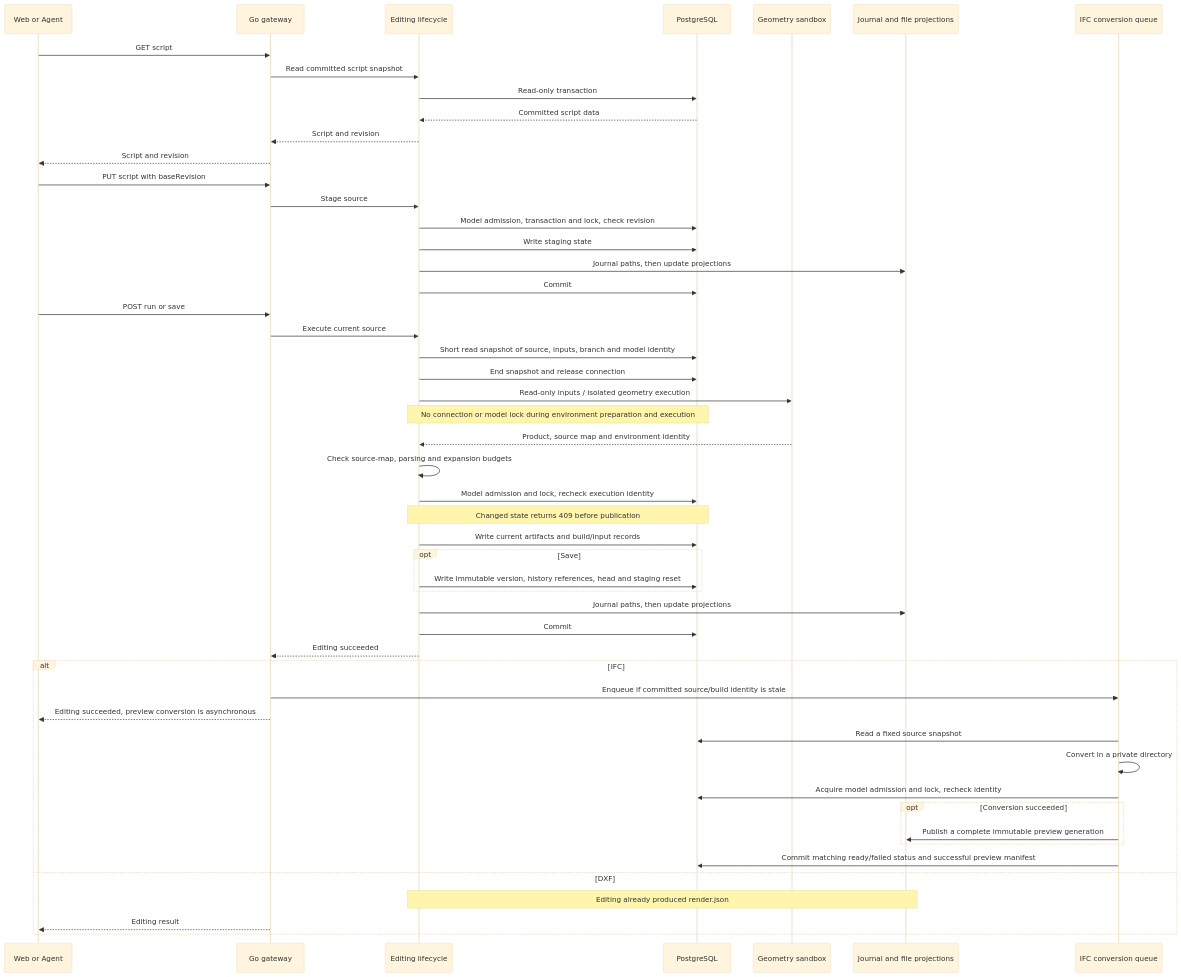
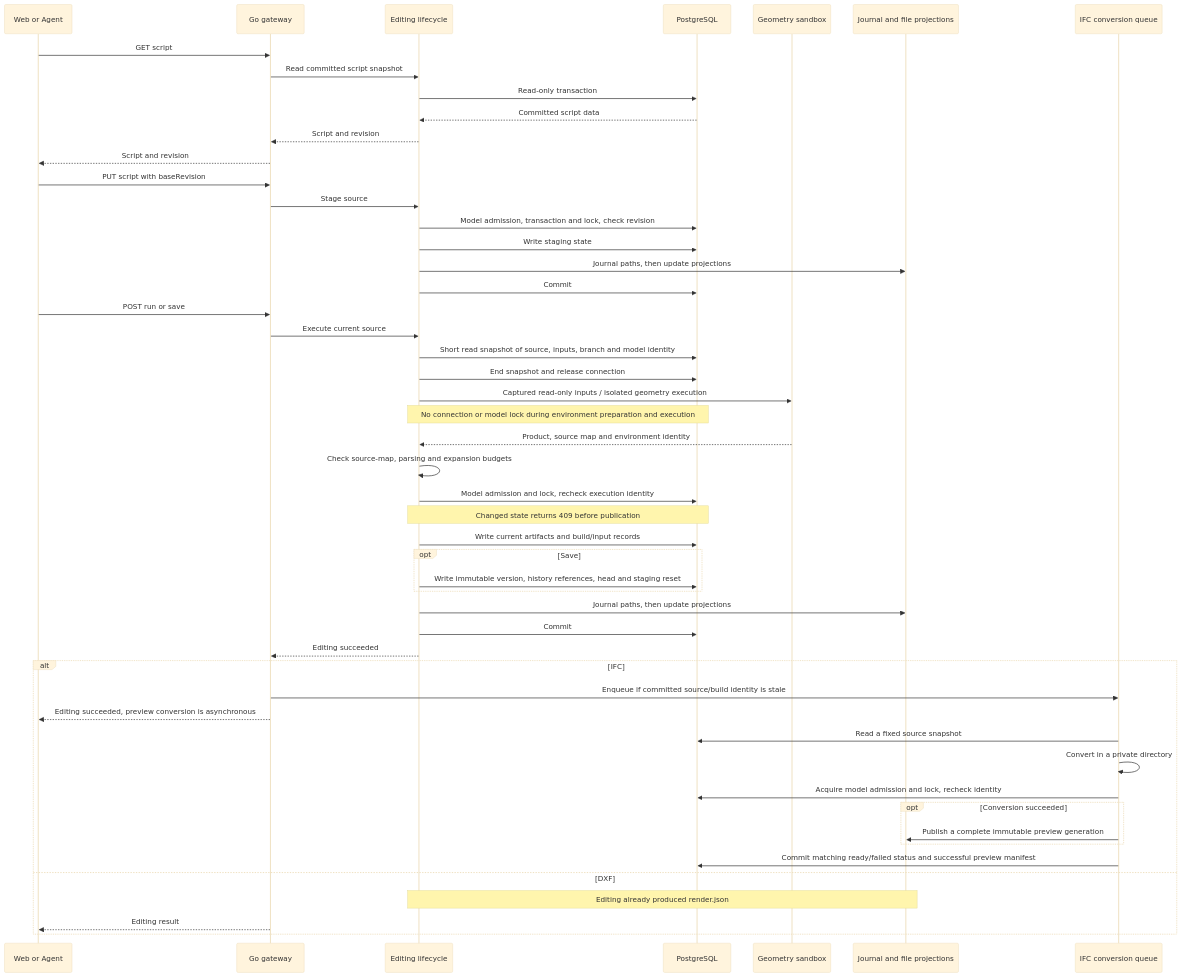
The second of 2 diagrams in README.md (0702hjj/SourceAEC), drawn with Mermaid (base theme) before and after one commit. The commit also changed other lines of this file and 7 other files, not shown here.

Commit message:
refactor(editing): separate captured execution build and publication

````diff
--- a/README.md
+++ b/README.md
@@ -85,53 +85,53 @@
 ```mermaid
 sequenceDiagram
     participant U as Web or Agent
     participant A as Go gateway
     participant E as Editing lifecycle
     participant P as PostgreSQL
     participant S as Geometry sandbox
     participant F as Journal and file projections
     participant Q as IFC conversion queue
     U->>A: GET script
     A->>E: Read committed script snapshot
     E->>P: Read-only transaction
     P-->>E: Committed script data
     E-->>A: Script and revision
     A-->>U: Script and revision
     U->>A: PUT script with baseRevision
     A->>E: Stage source
     E->>P: Model admission, transaction and lock, check revision
     E->>P: Write staging state
     E->>F: Journal paths, then update projections
     E->>P: Commit
     U->>A: POST run or save
     A->>E: Execute current source
     E->>P: Short read snapshot of source, inputs, branch and model identity
     E->>P: End snapshot and release connection
-    E->>S: Read-only inputs / isolated geometry execution
+    E->>S: Captured read-only inputs / isolated geometry execution
     Note over E,P: No connection or model lock during environment preparation and execution
     S-->>E: Product, source map and environment identity
     E->>E: Check source-map, parsing and expansion budgets
     E->>P: Model admission and lock, recheck execution identity
     Note over E,P: Changed state returns 409 before publication
     E->>P: Write current artifacts and build/input records
     opt Save
         E->>P: Write immutable version, history references, head and staging reset
     end
     E->>F: Journal paths, then update projections
     E->>P: Commit
     E-->>A: Editing succeeded
     alt IFC
         A->>Q: Enqueue if committed source/build identity is stale
         A-->>U: Editing succeeded, preview conversion is asynchronous
         Q->>P: Read a fixed source snapshot
         Q->>Q: Convert in a private directory
         Q->>P: Acquire model admission and lock, recheck identity
         opt Conversion succeeded
             Q->>F: Publish a complete immutable preview generation
         end
         Q->>P: Commit matching ready/failed status and successful preview manifest
     else DXF
         Note over E,F: Editing already produced render.json
         A-->>U: Editing result
     end
 ```
````
